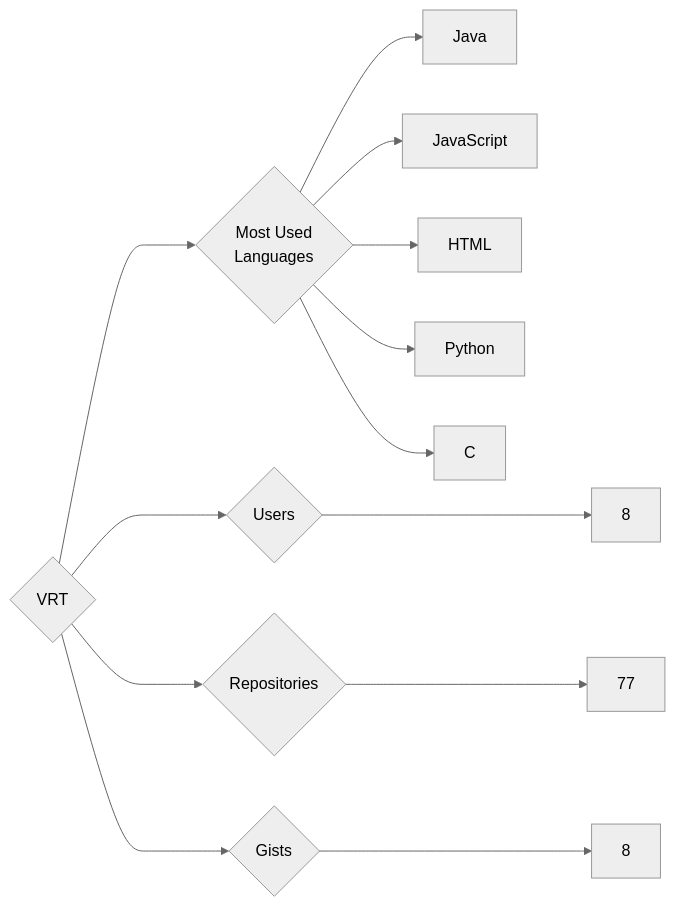
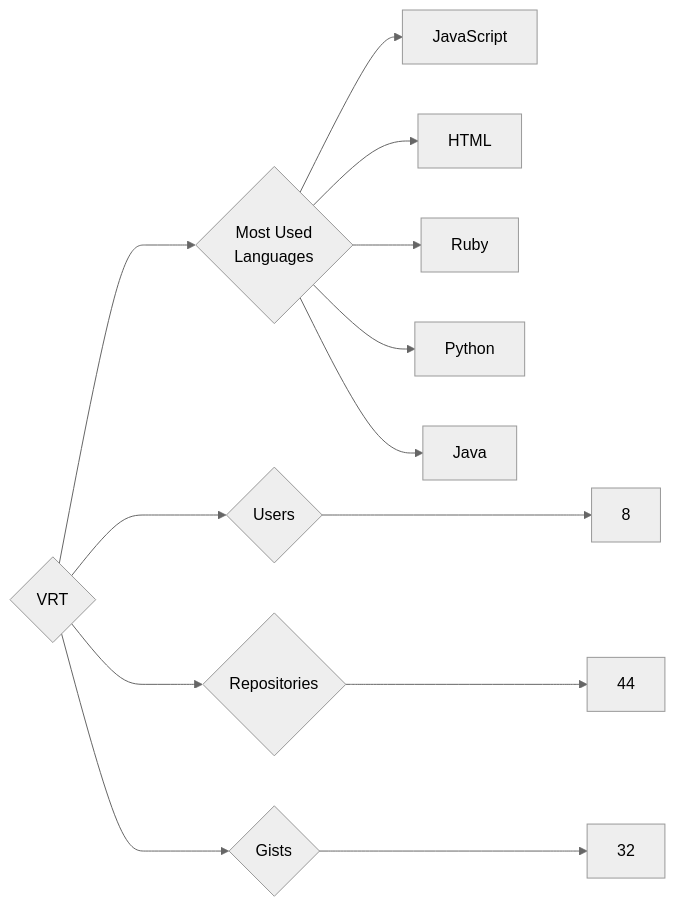
One commit to trickest/insiders changed the diagram in targets/VRT/README.md. Above: the diagram before and after it, drawn with Mermaid (neutral theme). The commit also changed 794 other files, not shown here.

````diff
--- a/targets/VRT/README.md
+++ b/targets/VRT/README.md
@@ -3,13 +3,13 @@
 ```mermaid
 graph LR
 COMPANY_NAME{VRT}
 COMPANY_NAME ---> U{Users} ---> UN[8]
-COMPANY_NAME ---> R{Repositories} ---> RN[77]
-COMPANY_NAME ---> G{Gists} ---> GN[8]
+COMPANY_NAME ---> R{Repositories} ---> RN[44]
+COMPANY_NAME ---> G{Gists} ---> GN[32]
 COMPANY_NAME ---> ML{Most Used<br>Languages}
-ML --> Java[Java]
 ML --> JavaScript[JavaScript]
 ML --> HTML[HTML]
+ML --> Ruby[Ruby]
 ML --> Python[Python]
-ML --> C[C]
+ML --> Java[Java]
 ```
````
